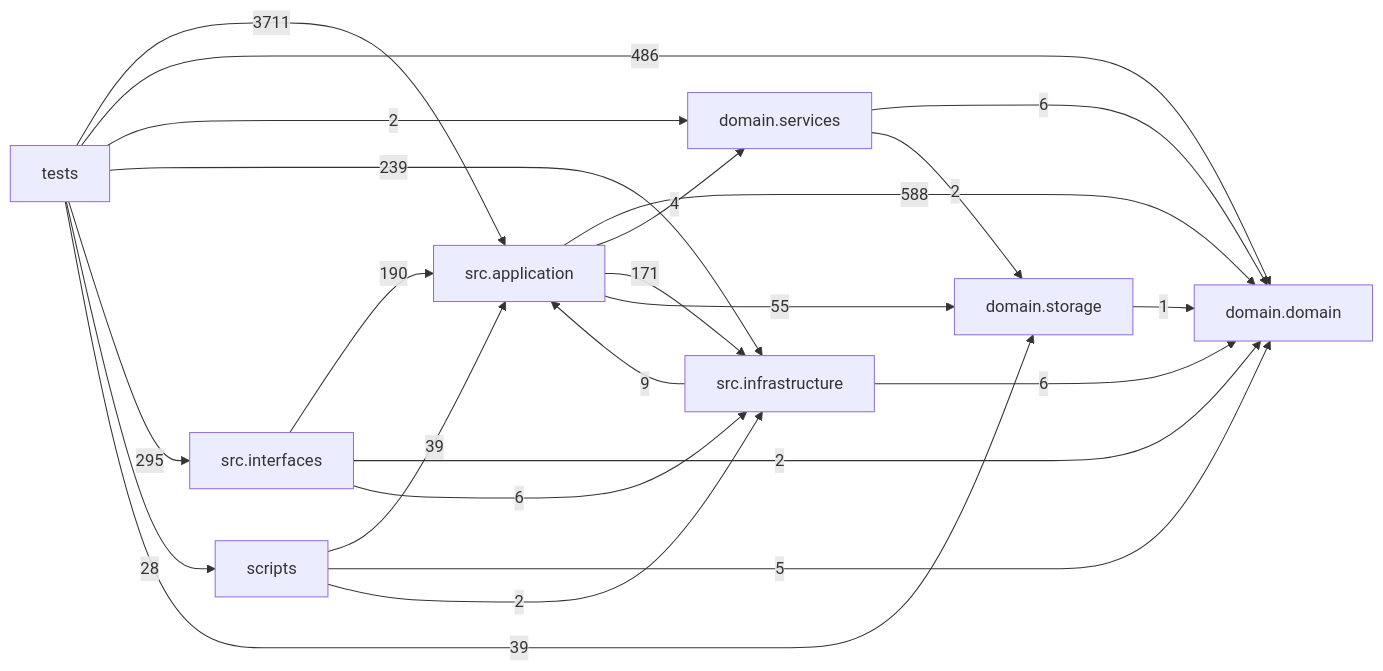
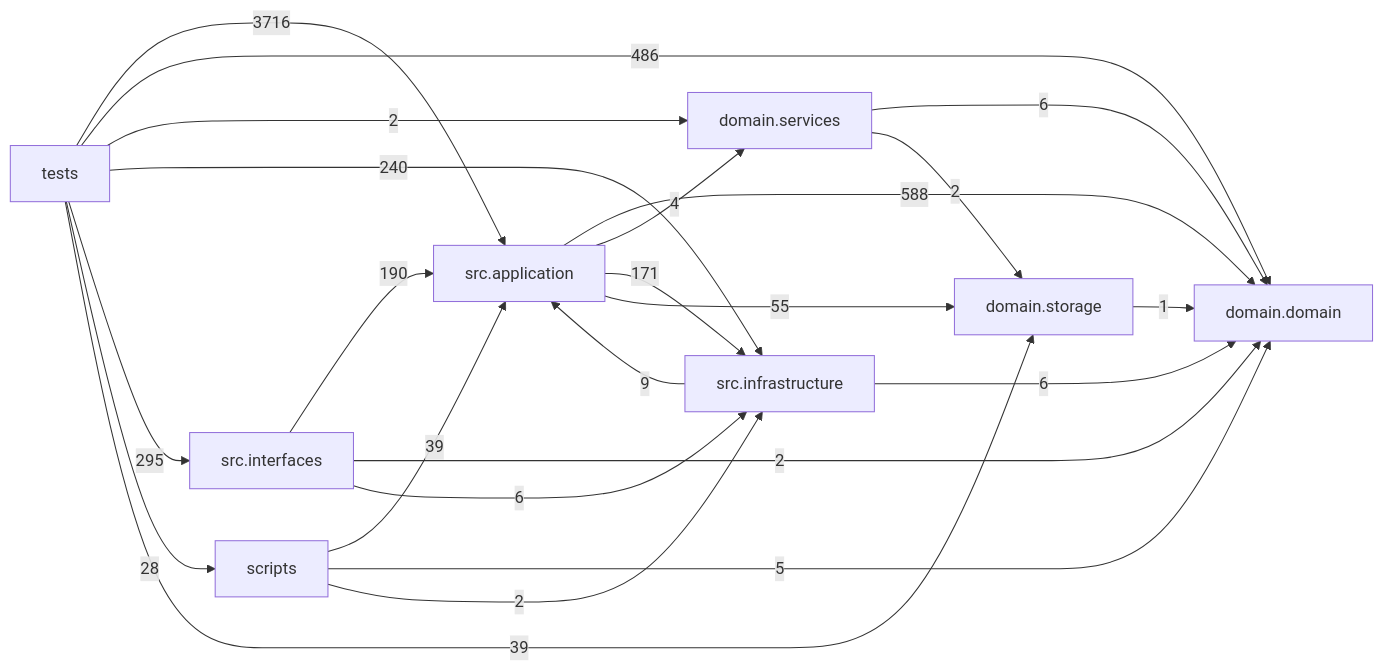
Before and after one commit to liuxie066/options-monitor: the diagram in docs/DEPENDENCY_GRAPH.md, drawn with Mermaid. The commit also changed other lines of this file and 8 other files, not shown here.

````diff
--- a/docs/DEPENDENCY_GRAPH.md
+++ b/docs/DEPENDENCY_GRAPH.md
@@ -24,33 +24,33 @@
 ```mermaid
 flowchart LR
   tests["tests"]
   scripts["scripts"]
   interfaces["src.interfaces"]
   application["src.application"]
   infrastructure["src.infrastructure"]
   domain_services["domain.services"]
   domain["domain.domain"]
   storage["domain.storage"]
   application -->|588| domain
   application -->|4| domain_services
   application -->|171| infrastructure
   application -->|55| storage
   domain_services -->|6| domain
   domain_services -->|2| storage
   infrastructure -->|9| application
   infrastructure -->|6| domain
   interfaces -->|190| application
   interfaces -->|2| domain
   interfaces -->|6| infrastructure
   scripts -->|39| application
   scripts -->|5| domain
   scripts -->|2| infrastructure
   storage -->|1| domain
-  tests -->|3711| application
+  tests -->|3716| application
   tests -->|486| domain
   tests -->|2| domain_services
-  tests -->|239| infrastructure
+  tests -->|240| infrastructure
   tests -->|295| interfaces
   tests -->|28| scripts
   tests -->|39| storage
 ```
````
